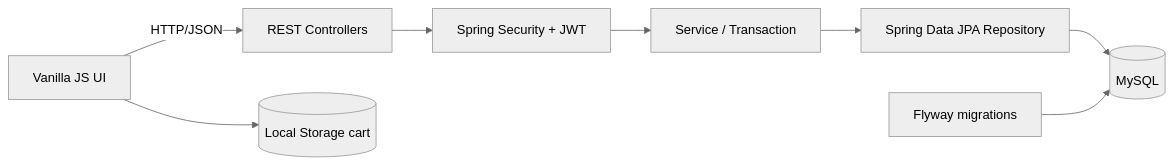
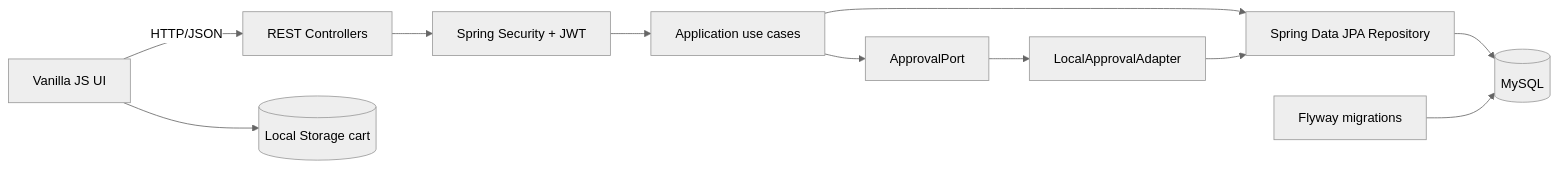
One commit to nddKhanh/BTL_TTCSN changed the diagram in README.md. Above: the diagram before and after it, drawn with Mermaid (neutral theme). The commit also changed other lines of this file and 2 other files, not shown here.

````diff
--- a/README.md
+++ b/README.md
@@ -87,10 +87,13 @@
 ```mermaid
 flowchart LR
     UI[Vanilla JS UI] -->|HTTP/JSON| API[REST Controllers]
     API --> SEC[Spring Security + JWT]
-    SEC --> SVC[Service / Transaction]
-    SVC --> REPO[Spring Data JPA Repository]
+    SEC --> APP[Application use cases]
+    APP --> PORT[ApprovalPort]
+    PORT --> LOCAL[LocalApprovalAdapter]
+    APP --> REPO[Spring Data JPA Repository]
+    LOCAL --> REPO
     REPO --> DB[(MySQL)]
     FLYWAY[Flyway migrations] --> DB
     UI --> CART[(Local Storage cart)]
 ```
````
